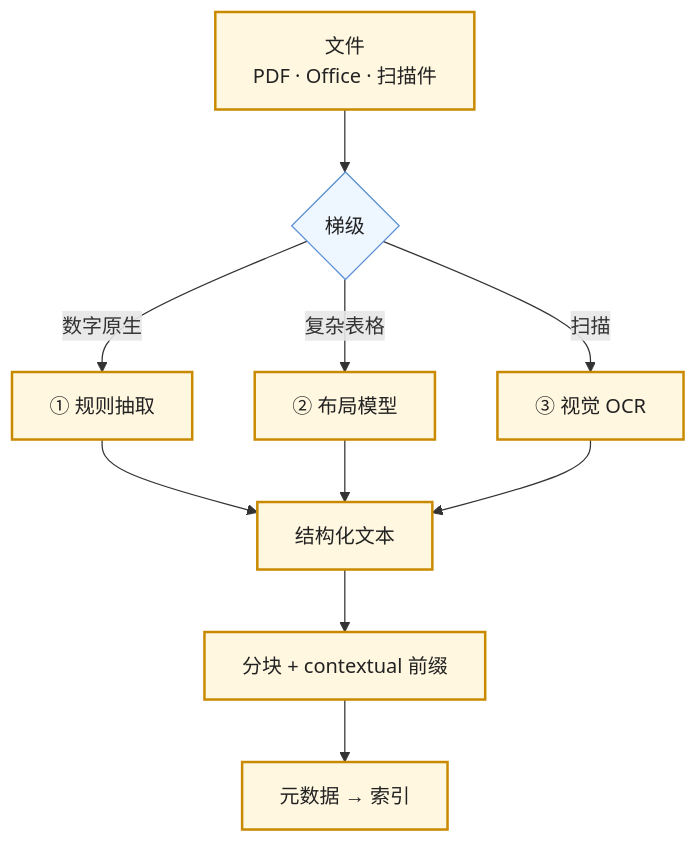
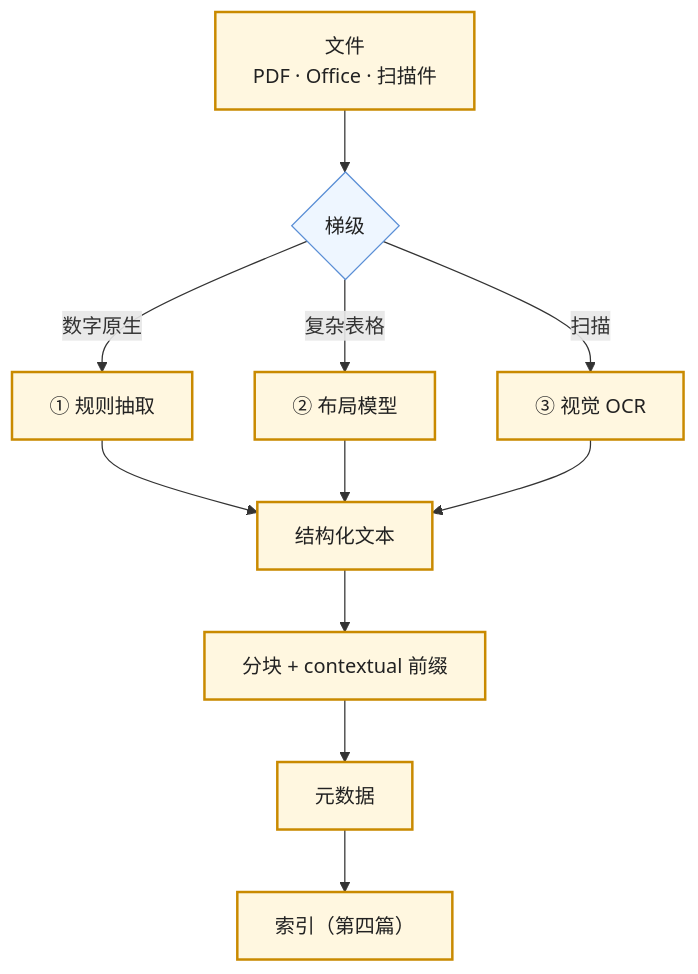
One commit to arganzheng/arganzheng.github.com changed the fourth of 7 diagrams in slides/2026-10-19-retrieval-and-knowledge.md. Above: the diagram before and after it, drawn with Mermaid.

Commit message:
slides/retrieval-and-knowledge: restore dropped mermaid nodes/branches (semantic audit) — split long flows to v sub-slides

````diff
--- a/slides/2026-10-19-retrieval-and-knowledge.md
+++ b/slides/2026-10-19-retrieval-and-knowledge.md
@@ -120,18 +120,19 @@
 ```mermaid
 %%{init: {"flowchart": {"wrappingWidth": 190}}}%%
 flowchart TB
     F["文件<br/>PDF · Office · 扫描件"] --> P{"梯级"}
     P -->|"数字原生"| R1["① 规则抽取"]
     P -->|"复杂表格"| R2["② 布局模型"]
     P -->|"扫描"| R3["③ 视觉 OCR"]
     R1 --> S["结构化文本"]
     R2 --> S
     R3 --> S
     S --> C["分块 + contextual 前缀"]
-    C --> M["元数据 → 索引"]
+    C --> M["元数据"]
+    M --> I["索引（第四篇）"]
 
     classDef step fill:#fff7e0,stroke:#c98a00,stroke-width:2px,color:#222
     classDef dec fill:#eef6ff,stroke:#5b8fd6,color:#222
     class F,R1,R2,R3,S,C,M,I step
     class P dec
 ```
````
